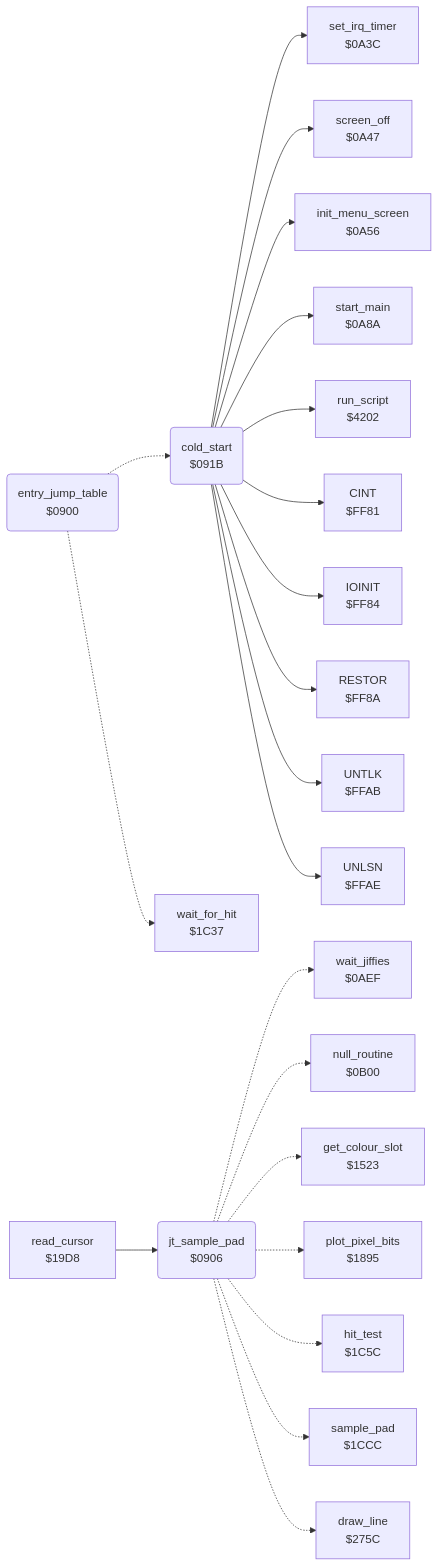
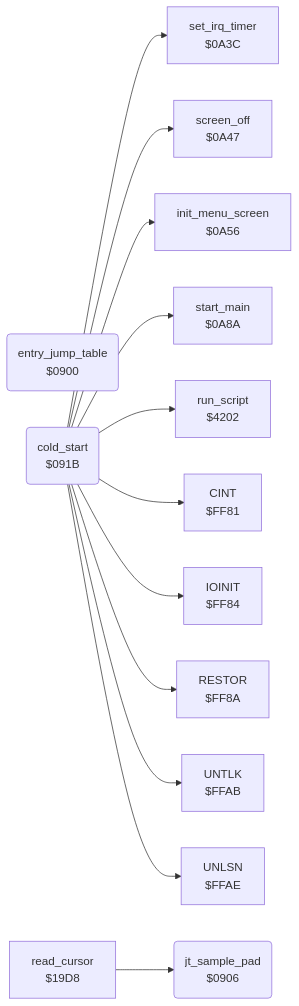
One commit to henols/c64_games changed the diagram in koala_painter/v1/docs/reference/modules/init/entry.md. Above: the diagram before and after it, drawn with Mermaid. The commit also changed other lines of this file and 1100 other files, not shown here.

````diff
--- a/koala_painter/v1/docs/reference/modules/init/entry.md
+++ b/koala_painter/v1/docs/reference/modules/init/entry.md
@@ -10,45 +24,28 @@
 ```mermaid
 flowchart LR
   n0900("entry_jump_table<br/>$0900")
   n0906("jt_sample_pad<br/>$0906")
   n091b("cold_start<br/>$091B")
   n0a3c["set_irq_timer<br/>$0A3C"]
   n0a47["screen_off<br/>$0A47"]
   n0a56["init_menu_screen<br/>$0A56"]
   n0a8a["start_main<br/>$0A8A"]
-  n0aef["wait_jiffies<br/>$0AEF"]
-  n0b00["null_routine<br/>$0B00"]
-  n1523["get_colour_slot<br/>$1523"]
-  n1895["plot_pixel_bits<br/>$1895"]
   n19d8["read_cursor<br/>$19D8"]
-  n1c37["wait_for_hit<br/>$1C37"]
-  n1c5c["hit_test<br/>$1C5C"]
-  n1ccc["sample_pad<br/>$1CCC"]
-  n275c["draw_line<br/>$275C"]
   n4202["run_script<br/>$4202"]
   nff81["CINT<br/>$FF81"]
   nff84["IOINIT<br/>$FF84"]
   nff8a["RESTOR<br/>$FF8A"]
   nffab["UNTLK<br/>$FFAB"]
   nffae["UNLSN<br/>$FFAE"]
-  n0900 -.-> n091b
-  n0900 -.-> n1c37
-  n0906 -.-> n0aef
-  n0906 -.-> n0b00
-  n0906 -.-> n1523
-  n0906 -.-> n1895
-  n0906 -.-> n1c5c
-  n0906 -.-> n1ccc
-  n0906 -.-> n275c
   n091b --> n0a3c
   n091b --> n0a47
   n091b --> n0a56
   n091b --> n0a8a
   n091b --> n4202
   n091b --> nff81
   n091b --> nff84
   n091b --> nff8a
   n091b --> nffab
   n091b --> nffae
   n19d8 --> n0906
 ```
````
